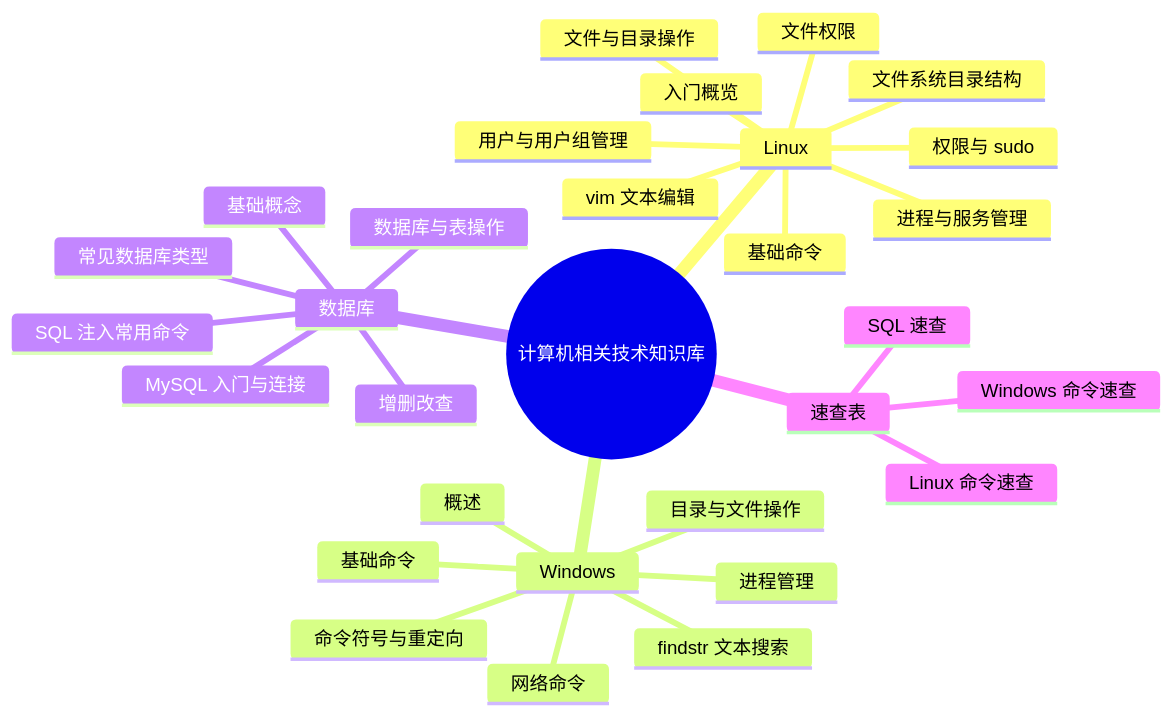
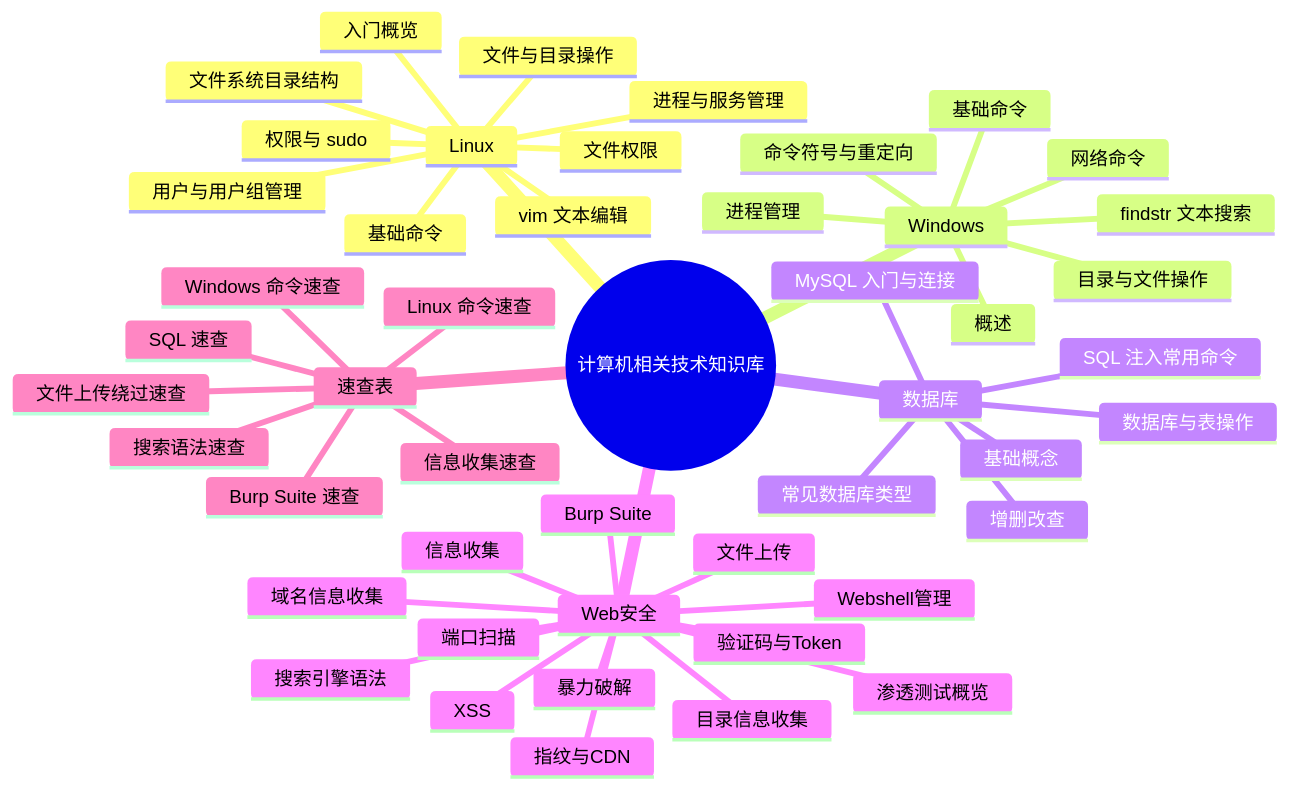
One commit to wang-0612/- changed the diagram in src/site/notes/计算机相关技术知识库/首页.md. Above: the diagram before and after it, drawn with Mermaid. The commit also changed other lines of this file and 56 other files, not shown here.

````diff
--- a/src/site/notes/计算机相关技术知识库/首页.md
+++ b/src/site/notes/计算机相关技术知识库/首页.md
@@ -12,33 +12,51 @@
 ```mermaid
 mindmap
   root((计算机相关技术知识库))
     Linux
       入门概览
       基础命令
       用户与用户组管理
       权限与 sudo
       文件与目录操作
       文件系统目录结构
       文件权限
       vim 文本编辑
       进程与服务管理
     Windows
       概述
       基础命令
       目录与文件操作
       findstr 文本搜索
       进程管理
       网络命令
       命令符号与重定向
     数据库
       基础概念
       常见数据库类型
       MySQL 入门与连接
       数据库与表操作
       增删改查
       SQL 注入常用命令
+    Web安全
+      渗透测试概览
+      信息收集
+      域名信息收集
+      端口扫描
+      目录信息收集
+      指纹与CDN
+      搜索引擎语法
+      Burp Suite
+      暴力破解
+      验证码与Token
+      XSS
+      文件上传
+      Webshell管理
     速查表
       Linux 命令速查
       Windows 命令速查
       SQL 速查
+      信息收集速查
+      搜索语法速查
+      Burp Suite 速查
+      文件上传绕过速查
 ```
````
